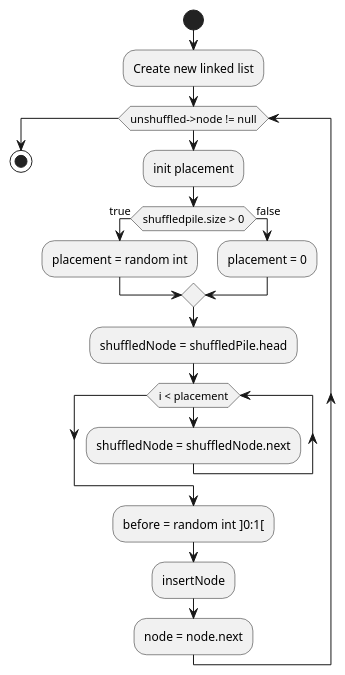
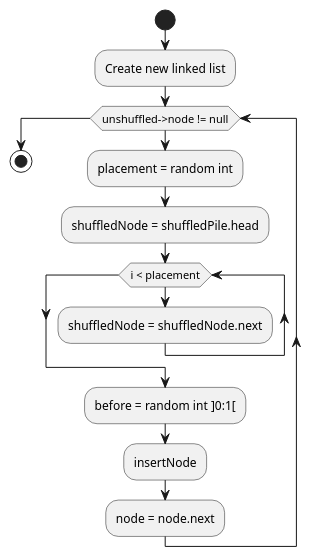
The diagram in diagrams/sr_activity.puml (MikaelFangel/Yukon), drawn with PlantUML before and after one commit. The commit also changed 1 other file, not shown here.

```diff
--- a/diagrams/sr_activity.puml
+++ b/diagrams/sr_activity.puml
@@ -1,27 +1,22 @@
 @startuml
 'https://plantuml.com/activity-diagram-beta
 
 start
 :Create new linked list;
 while(unshuffled->node != null)
-:init placement;
-if(shuffledpile.size > 0) then (true)
-    :placement = random int;
-else (false)
-    :placement = 0;
-endif
+:placement = random int;
 
 :shuffledNode = shuffledPile.head;
 while(i < placement)
     :shuffledNode = shuffledNode.next;
 endwhile
 
 :before = random int ]0:1[;
 :insertNode;
 
 :node = node.next;
 endwhile
 
 stop
 
 @enduml
```
